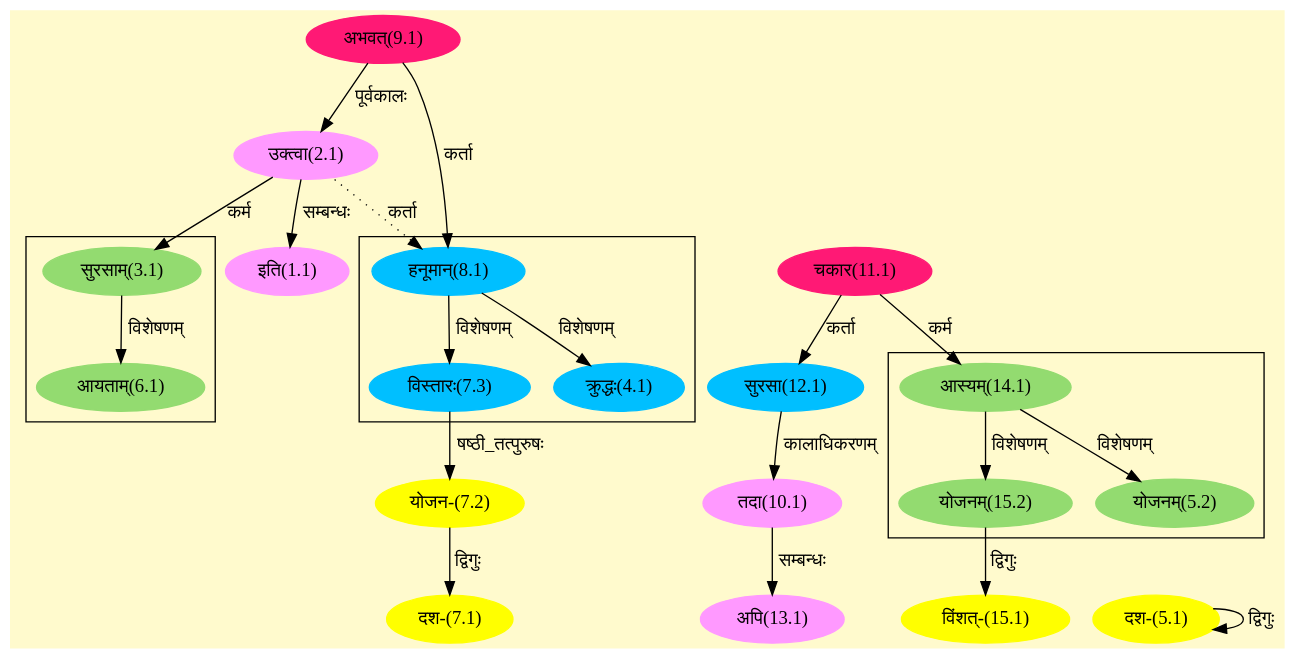
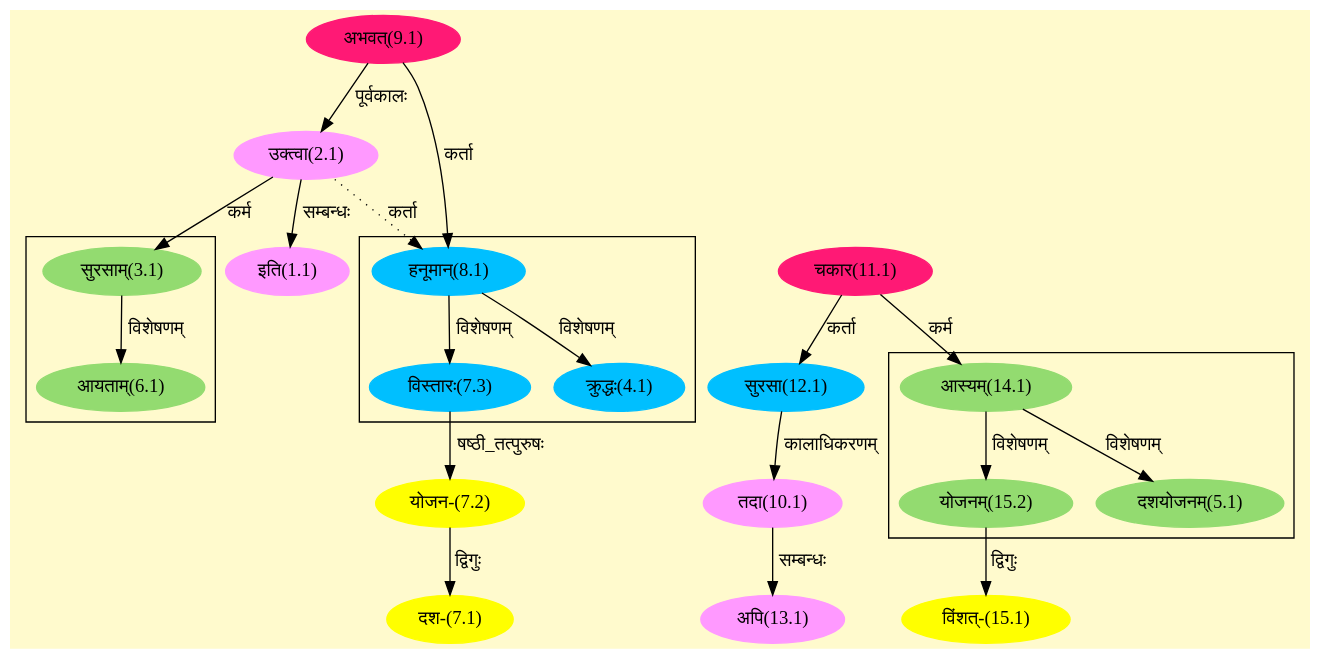
The diagram in assets/graphs/01_153.2_154_1.dot (amarranjan1/skd.github.io), drawn with Graphviz before and after one commit. The commit also changed 60 other files, not shown here.

```diff
--- a/assets/graphs/01_153.2_154_1.dot
+++ b/assets/graphs/01_153.2_154_1.dot
@@ -1,62 +1,60 @@
 digraph G{
 rankdir=BT;
  compound=true;
  bgcolor="lemonchiffon1";
 
 subgraph cluster_1{
 Node4_1 [style=filled, color="#00BFFF" label = "क्रुद्धः(4.1)"]
 Node8_1 [style=filled, color="#00BFFF" label = "हनूमान्(8.1)"]
 Node7_3 [style=filled, color="#00BFFF" label = "विस्तारः(7.3)"]
 
 }
 
 subgraph cluster_2{
-Node5_2 [style=filled, color="#93DB70" label = "योजनम्(5.2)"]
+Node5_1 [style=filled, color="#93DB70" label = "दशयोजनम्(5.1)"]
 Node14_1 [style=filled, color="#93DB70" label = "आस्यम्(14.1)"]
 Node15_2 [style=filled, color="#93DB70" label = "योजनम्(15.2)"]
 
 }
 
 subgraph cluster_3{
 Node6_1 [style=filled, color="#93DB70" label = "आयताम्(6.1)"]
 Node3_1 [style=filled, color="#93DB70" label = "सुरसाम्(3.1)"]
 
 }
 Node1_1 [style=filled, color="#FF99FF" label = "इति(1.1)"]
 Node2_1 [style=filled, color="#FF99FF" label = "उक्त्वा(2.1)"]
 Node9_1 [style=filled, color="#FF1975" label = "अभवत्(9.1)"]
 Node3_1 [style=filled, color="#93DB70" label = "सुरसाम्(3.1)"]
-Node5_1 [style=filled, color="#FFFF00" label = "दश-(5.1)"]
 Node7_1 [style=filled, color="#FFFF00" label = "दश-(7.1)"]
 Node7_2 [style=filled, color="#FFFF00" label = "योजन-(7.2)"]
 Node7_3 [style=filled, color="#00BFFF" label = "विस्तारः(7.3)"]
 Node8_1 [style=filled, color="#00BFFF" label = "हनूमान्(8.1)"]
 Node [style=filled, color="" label = "()"]
 Node10_1 [style=filled, color="#FF99FF" label = "तदा(10.1)"]
 Node12_1 [style=filled, color="#00BFFF" label = "सुरसा(12.1)"]
 Node11_1 [style=filled, color="#FF1975" label = "चकार(11.1)"]
 Node13_1 [style=filled, color="#FF99FF" label = "अपि(13.1)"]
 Node14_1 [style=filled, color="#93DB70" label = "आस्यम्(14.1)"]
 Node15_1 [style=filled, color="#FFFF00" label = "विंशत्-(15.1)"]
 Node15_2 [style=filled, color="#93DB70" label = "योजनम्(15.2)"]
 /* Start of Relations section */
 
 Node1_1 -> Node2_1 [  label="सम्बन्धः"  dir="back" ]
 Node2_1 -> Node9_1 [  label="पूर्वकालः"  dir="back" ]
 Node3_1 -> Node2_1 [  label="कर्म"  dir="back" ]
 Node4_1 -> Node8_1 [  label="विशेषणम्"  dir="back" ]
-Node5_1 -> Node5_1 [  label="द्विगुः"  dir="back" ]
-Node5_2 -> Node14_1 [  label="विशेषणम्"  dir="back" ]
+Node5_1 -> Node14_1 [  label="विशेषणम्"  dir="back" ]
 Node6_1 -> Node3_1 [  label="विशेषणम्"  dir="back" ]
 Node7_1 -> Node7_2 [  label="द्विगुः"  dir="back" ]
 Node7_2 -> Node7_3 [  label="षष्ठी_तत्पुरुषः"  dir="back" ]
 Node7_3 -> Node8_1 [  label="विशेषणम्"  dir="back" ]
 Node8_1 -> Node9_1 [  label="कर्ता"  dir="back" ]
 Node8_1 -> Node2_1 [ style=dotted label="कर्ता"  dir="back" ]
 Node10_1 -> Node12_1 [  label="कालाधिकरणम्"  dir="back" ]
 Node12_1 -> Node11_1 [  label="कर्ता"  dir="back" ]
 Node13_1 -> Node10_1 [  label="सम्बन्धः"  dir="back" ]
 Node14_1 -> Node11_1 [  label="कर्म"  dir="back" ]
 Node15_1 -> Node15_2 [  label="द्विगुः"  dir="back" ]
 Node15_2 -> Node14_1 [  label="विशेषणम्"  dir="back" ]
 }
```
